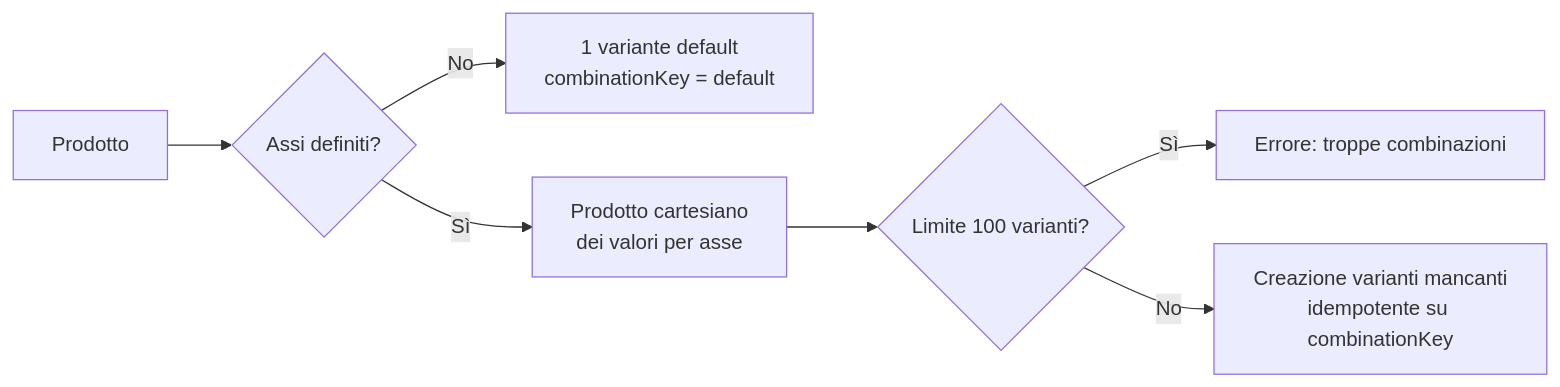
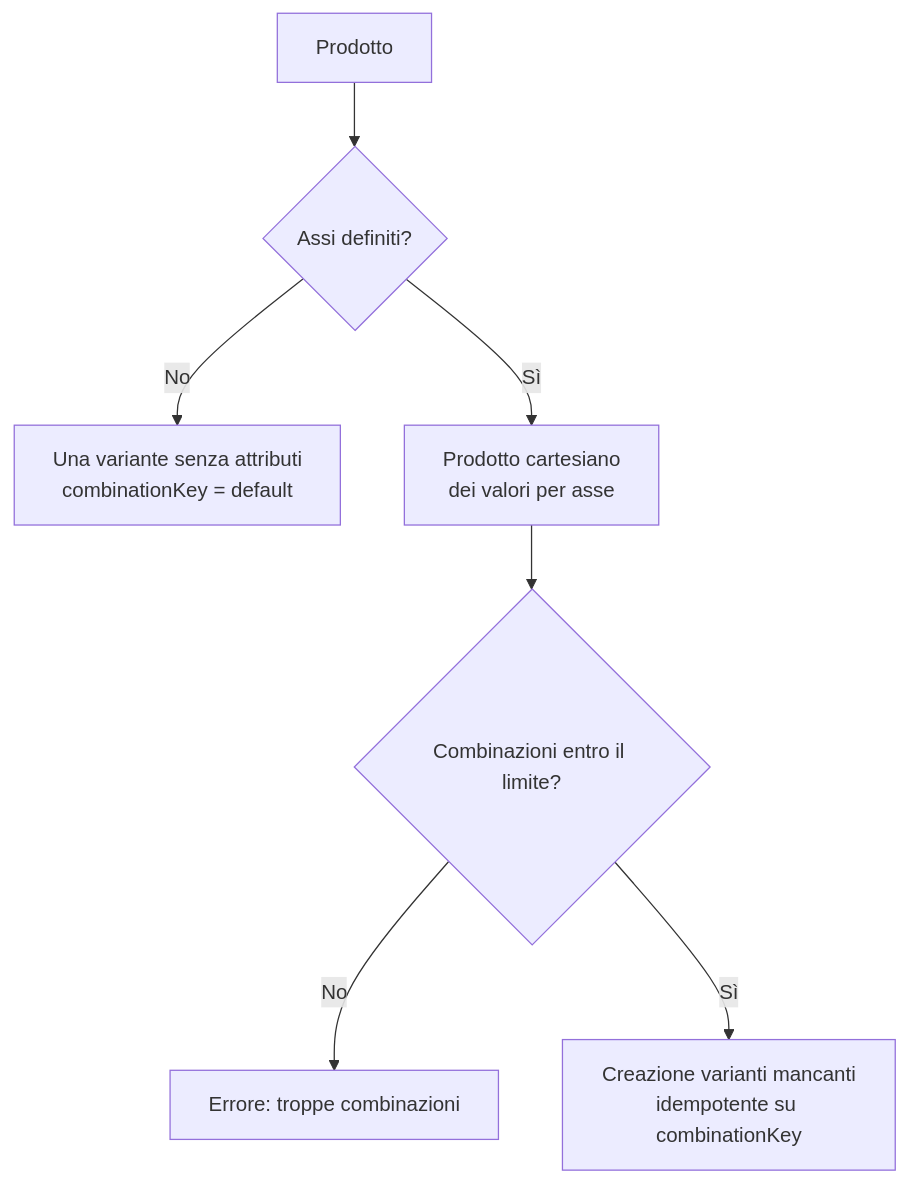
Before and after one commit to fabrix-87/mini-erp: the second of 7 diagrams in packages/backend/docs/architecture/product-management.md, drawn with Mermaid. The commit also changed other lines of this file and 8 other files, not shown here.

````diff
--- a/packages/backend/docs/architecture/product-management.md
+++ b/packages/backend/docs/architecture/product-management.md
@@ -76,9 +74,9 @@
 ```mermaid
-flowchart LR
+flowchart TD
     A[Prodotto] --> B{Assi definiti?}
-    B -- No --> C[1 variante default<br/>combinationKey = default]
+    B -- No --> C[Una variante senza attributi<br/>combinationKey = default]
     B -- Sì --> D[Prodotto cartesiano<br/>dei valori per asse]
-    D --> E{Limite 100 varianti?}
-    E -- Sì --> F[Errore: troppe combinazioni]
-    E -- No --> G[Creazione varianti mancanti<br/>idempotente su combinationKey]
+    D --> E{Combinazioni entro il limite?}
+    E -- No --> F[Errore: troppe combinazioni]
+    E -- Sì --> G[Creazione varianti mancanti<br/>idempotente su combinationKey]
 ```
````
